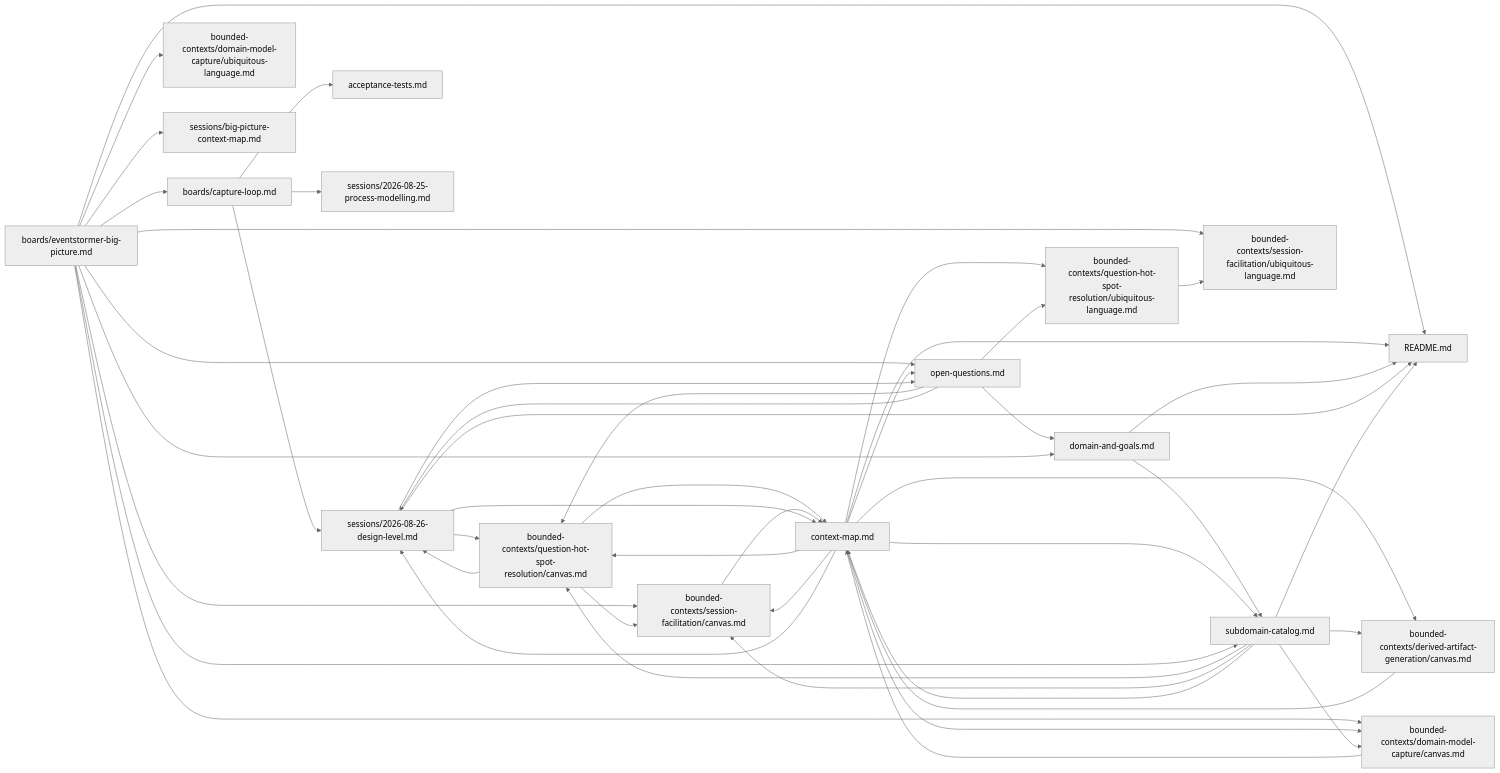
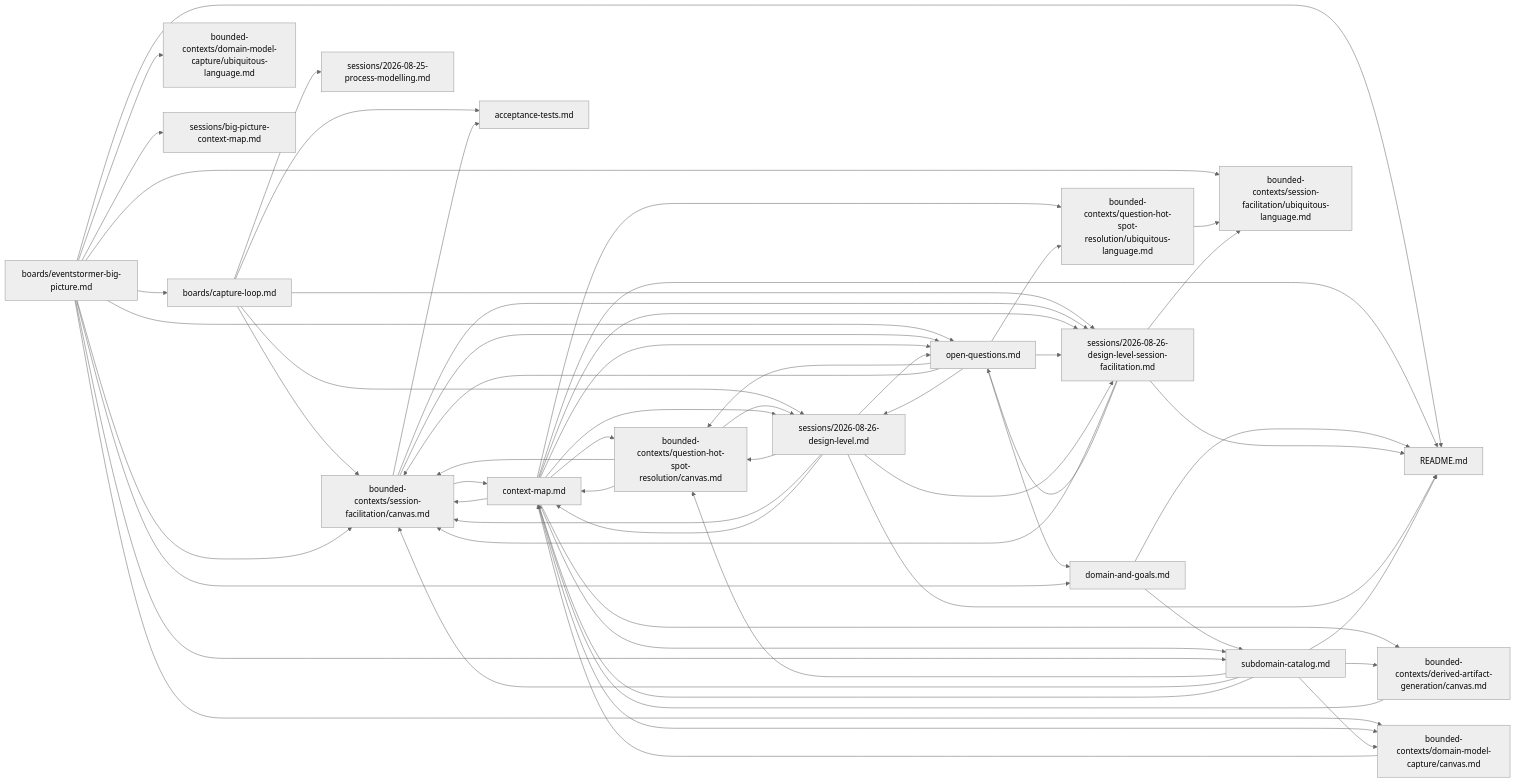
Before and after one commit to vinialbano/eventstormer: the diagram in docs/domain/README.md, drawn with Mermaid (neutral theme). The commit also changed other lines of this file and 6 other files, not shown here.

First line of the commit message:
docs: run Design-Level EventStorming on Session Facilitation

````diff
--- a/docs/domain/README.md
+++ b/docs/domain/README.md
@@ -157,48 +182,62 @@
 ```mermaid
 graph LR
   boards_eventstormer_big_picture_md["boards/eventstormer-big-picture.md"] --> README_md["README.md"]
   context_map_md["context-map.md"] --> README_md["README.md"]
   domain_and_goals_md["domain-and-goals.md"] --> README_md["README.md"]
+  sessions_2026_08_26_design_level_session_facilitation_md["sessions/2026-08-26-design-level-session-facilitation.md"] --> README_md["README.md"]
   sessions_2026_08_26_design_level_md["sessions/2026-08-26-design-level.md"] --> README_md["README.md"]
   subdomain_catalog_md["subdomain-catalog.md"] --> README_md["README.md"]
   boards_capture_loop_md["boards/capture-loop.md"] --> acceptance_tests_md["acceptance-tests.md"]
+  bounded_contexts_session_facilitation_canvas_md["bounded-contexts/session-facilitation/canvas.md"] --> acceptance_tests_md["acceptance-tests.md"]
   boards_eventstormer_big_picture_md["boards/eventstormer-big-picture.md"] --> boards_capture_loop_md["boards/capture-loop.md"]
   context_map_md["context-map.md"] --> bounded_contexts_derived_artifact_generation_canvas_md["bounded-contexts/derived-artifact-generation/canvas.md"]
   subdomain_catalog_md["subdomain-catalog.md"] --> bounded_contexts_derived_artifact_generation_canvas_md["bounded-contexts/derived-artifact-generation/canvas.md"]
   boards_eventstormer_big_picture_md["boards/eventstormer-big-picture.md"] --> bounded_contexts_domain_model_capture_canvas_md["bounded-contexts/domain-model-capture/canvas.md"]
   context_map_md["context-map.md"] --> bounded_contexts_domain_model_capture_canvas_md["bounded-contexts/domain-model-capture/canvas.md"]
   subdomain_catalog_md["subdomain-catalog.md"] --> bounded_contexts_domain_model_capture_canvas_md["bounded-contexts/domain-model-capture/canvas.md"]
   boards_eventstormer_big_picture_md["boards/eventstormer-big-picture.md"] --> bounded_contexts_domain_model_capture_ubiquitous_language_md["bounded-contexts/domain-model-capture/ubiquitous-language.md"]
   context_map_md["context-map.md"] --> bounded_contexts_question_hot_spot_resolution_canvas_md["bounded-contexts/question-hot-spot-resolution/canvas.md"]
   open_questions_md["open-questions.md"] --> bounded_contexts_question_hot_spot_resolution_canvas_md["bounded-contexts/question-hot-spot-resolution/canvas.md"]
   sessions_2026_08_26_design_level_md["sessions/2026-08-26-design-level.md"] --> bounded_contexts_question_hot_spot_resolution_canvas_md["bounded-contexts/question-hot-spot-resolution/canvas.md"]
   subdomain_catalog_md["subdomain-catalog.md"] --> bounded_contexts_question_hot_spot_resolution_canvas_md["bounded-contexts/question-hot-spot-resolution/canvas.md"]
   context_map_md["context-map.md"] --> bounded_contexts_question_hot_spot_resolution_ubiquitous_language_md["bounded-contexts/question-hot-spot-resolution/ubiquitous-language.md"]
   open_questions_md["open-questions.md"] --> bounded_contexts_question_hot_spot_resolution_ubiquitous_language_md["bounded-contexts/question-hot-spot-resolution/ubiquitous-language.md"]
+  boards_capture_loop_md["boards/capture-loop.md"] --> bounded_contexts_session_facilitation_canvas_md["bounded-contexts/session-facilitation/canvas.md"]
   boards_eventstormer_big_picture_md["boards/eventstormer-big-picture.md"] --> bounded_contexts_session_facilitation_canvas_md["bounded-contexts/session-facilitation/canvas.md"]
   bounded_contexts_question_hot_spot_resolution_canvas_md["bounded-contexts/question-hot-spot-resolution/canvas.md"] --> bounded_contexts_session_facilitation_canvas_md["bounded-contexts/session-facilitation/canvas.md"]
   context_map_md["context-map.md"] --> bounded_contexts_session_facilitation_canvas_md["bounded-contexts/session-facilitation/canvas.md"]
+  open_questions_md["open-questions.md"] --> bounded_contexts_session_facilitation_canvas_md["bounded-contexts/session-facilitation/canvas.md"]
+  sessions_2026_08_26_design_level_session_facilitation_md["sessions/2026-08-26-design-level-session-facilitation.md"] --> bounded_contexts_session_facilitation_canvas_md["bounded-contexts/session-facilitation/canvas.md"]
+  sessions_2026_08_26_design_level_md["sessions/2026-08-26-design-level.md"] --> bounded_contexts_session_facilitation_canvas_md["bounded-contexts/session-facilitation/canvas.md"]
   subdomain_catalog_md["subdomain-catalog.md"] --> bounded_contexts_session_facilitation_canvas_md["bounded-contexts/session-facilitation/canvas.md"]
   boards_eventstormer_big_picture_md["boards/eventstormer-big-picture.md"] --> bounded_contexts_session_facilitation_ubiquitous_language_md["bounded-contexts/session-facilitation/ubiquitous-language.md"]
   bounded_contexts_question_hot_spot_resolution_ubiquitous_language_md["bounded-contexts/question-hot-spot-resolution/ubiquitous-language.md"] --> bounded_contexts_session_facilitation_ubiquitous_language_md["bounded-contexts/session-facilitation/ubiquitous-language.md"]
+  sessions_2026_08_26_design_level_session_facilitation_md["sessions/2026-08-26-design-level-session-facilitation.md"] --> bounded_contexts_session_facilitation_ubiquitous_language_md["bounded-contexts/session-facilitation/ubiquitous-language.md"]
   bounded_contexts_derived_artifact_generation_canvas_md["bounded-contexts/derived-artifact-generation/canvas.md"] --> context_map_md["context-map.md"]
   bounded_contexts_domain_model_capture_canvas_md["bounded-contexts/domain-model-capture/canvas.md"] --> context_map_md["context-map.md"]
   bounded_contexts_question_hot_spot_resolution_canvas_md["bounded-contexts/question-hot-spot-resolution/canvas.md"] --> context_map_md["context-map.md"]
   bounded_contexts_session_facilitation_canvas_md["bounded-contexts/session-facilitation/canvas.md"] --> context_map_md["context-map.md"]
   sessions_2026_08_26_design_level_md["sessions/2026-08-26-design-level.md"] --> context_map_md["context-map.md"]
   subdomain_catalog_md["subdomain-catalog.md"] --> context_map_md["context-map.md"]
   open_questions_md["open-questions.md"] --> domain_and_goals_md["domain-and-goals.md"]
   boards_eventstormer_big_picture_md["boards/eventstormer-big-picture.md"] --> domain_and_goals_md["domain-and-goals.md"]
   boards_eventstormer_big_picture_md["boards/eventstormer-big-picture.md"] --> open_questions_md["open-questions.md"]
+  bounded_contexts_session_facilitation_canvas_md["bounded-contexts/session-facilitation/canvas.md"] --> open_questions_md["open-questions.md"]
   context_map_md["context-map.md"] --> open_questions_md["open-questions.md"]
+  sessions_2026_08_26_design_level_session_facilitation_md["sessions/2026-08-26-design-level-session-facilitation.md"] --> open_questions_md["open-questions.md"]
   sessions_2026_08_26_design_level_md["sessions/2026-08-26-design-level.md"] --> open_questions_md["open-questions.md"]
   boards_capture_loop_md["boards/capture-loop.md"] --> sessions_2026_08_25_process_modelling_md["sessions/2026-08-25-process-modelling.md"]
+  boards_capture_loop_md["boards/capture-loop.md"] --> sessions_2026_08_26_design_level_session_facilitation_md["sessions/2026-08-26-design-level-session-facilitation.md"]
+  bounded_contexts_session_facilitation_canvas_md["bounded-contexts/session-facilitation/canvas.md"] --> sessions_2026_08_26_design_level_session_facilitation_md["sessions/2026-08-26-design-level-session-facilitation.md"]
+  context_map_md["context-map.md"] --> sessions_2026_08_26_design_level_session_facilitation_md["sessions/2026-08-26-design-level-session-facilitation.md"]
+  open_questions_md["open-questions.md"] --> sessions_2026_08_26_design_level_session_facilitation_md["sessions/2026-08-26-design-level-session-facilitation.md"]
+  sessions_2026_08_26_design_level_md["sessions/2026-08-26-design-level.md"] --> sessions_2026_08_26_design_level_session_facilitation_md["sessions/2026-08-26-design-level-session-facilitation.md"]
   boards_capture_loop_md["boards/capture-loop.md"] --> sessions_2026_08_26_design_level_md["sessions/2026-08-26-design-level.md"]
   bounded_contexts_question_hot_spot_resolution_canvas_md["bounded-contexts/question-hot-spot-resolution/canvas.md"] --> sessions_2026_08_26_design_level_md["sessions/2026-08-26-design-level.md"]
   context_map_md["context-map.md"] --> sessions_2026_08_26_design_level_md["sessions/2026-08-26-design-level.md"]
   open_questions_md["open-questions.md"] --> sessions_2026_08_26_design_level_md["sessions/2026-08-26-design-level.md"]
   boards_eventstormer_big_picture_md["boards/eventstormer-big-picture.md"] --> sessions_big_picture_context_map_md["sessions/big-picture-context-map.md"]
   domain_and_goals_md["domain-and-goals.md"] --> subdomain_catalog_md["subdomain-catalog.md"]
   context_map_md["context-map.md"] --> subdomain_catalog_md["subdomain-catalog.md"]
   boards_eventstormer_big_picture_md["boards/eventstormer-big-picture.md"] --> subdomain_catalog_md["subdomain-catalog.md"]
 ```
````
